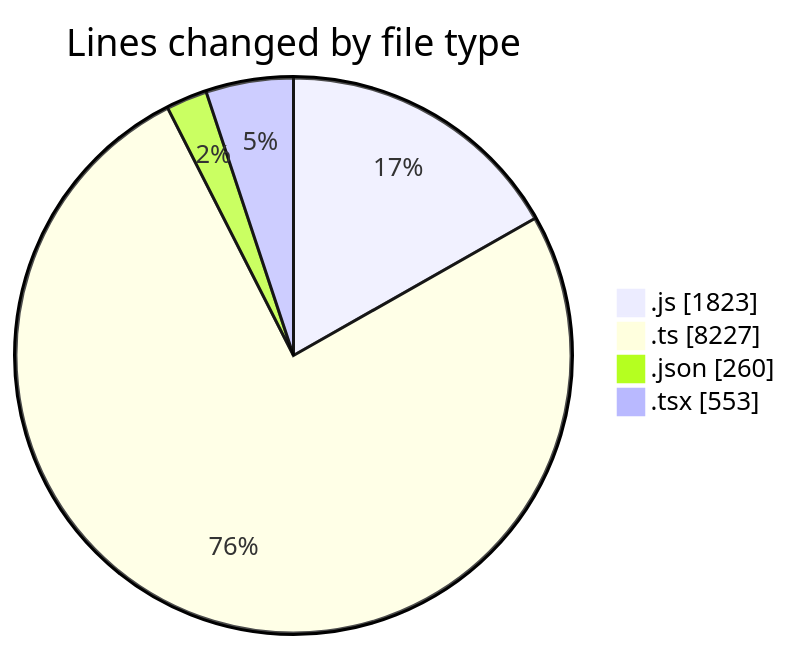
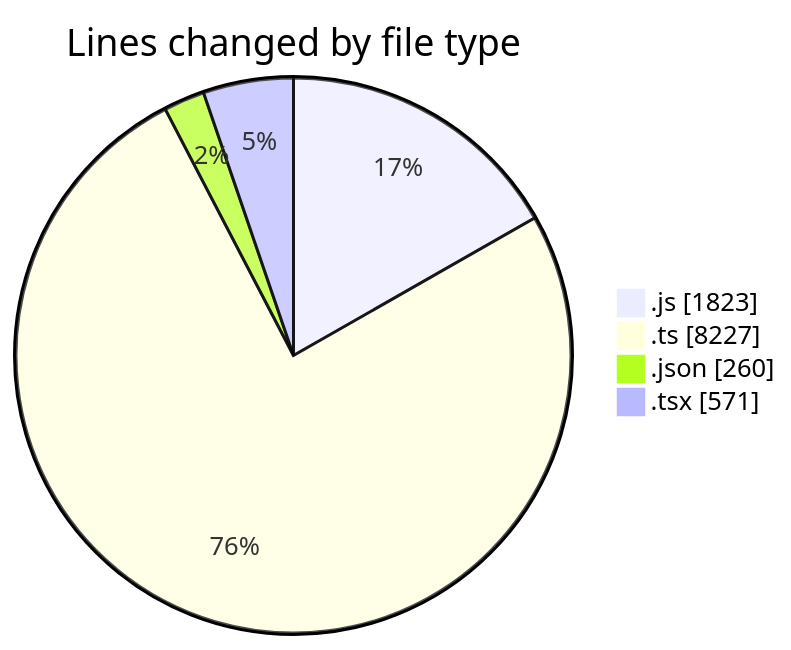
The first of 2 diagrams in 2026-04-08/cda/README.md (momahboobian/code-tracking), drawn with Mermaid before and after one commit. The commit also changed other lines of this file and 1 other file, not shown here.

````diff
--- a/2026-04-08/cda/README.md
+++ b/2026-04-08/cda/README.md
@@ -30,8 +30,8 @@
 ```mermaid
 pie showData
 title Lines changed by file type
 ".js" : 1823
 ".ts" : 8227
 ".json" : 260
-".tsx" : 553
+".tsx" : 571
 ```
````
